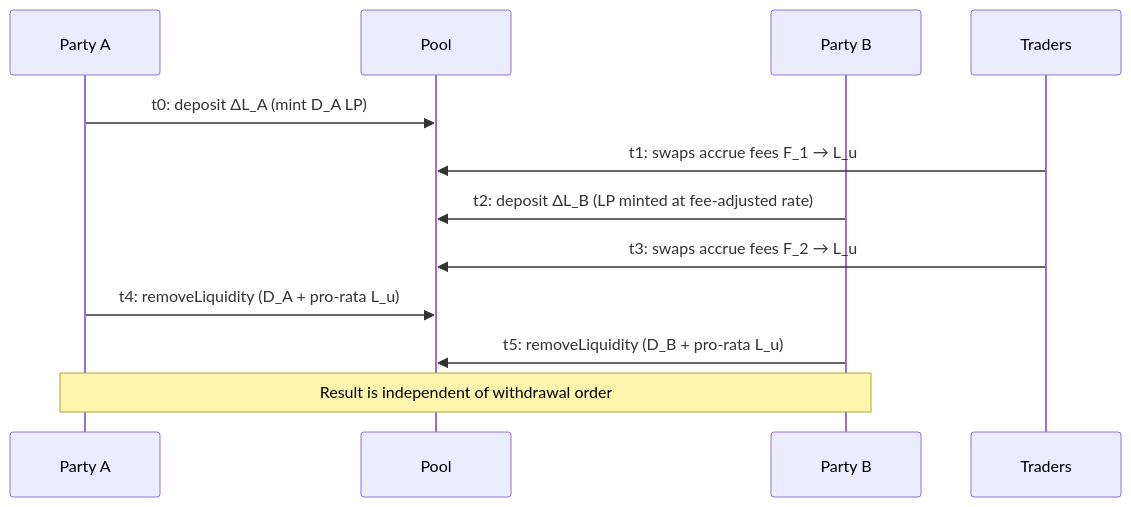
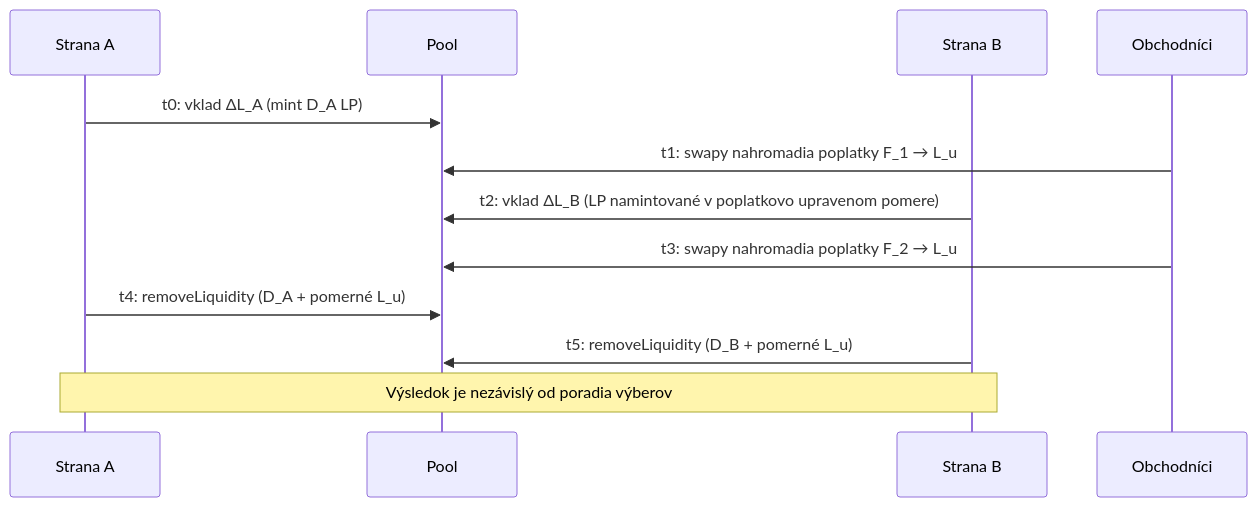
One commit to scholtz/BiatecCLAMM changed the second of 2 diagrams in docusaurus/i18n/sk/docusaurus-plugin-content-docs/current/multi-party-fee-aggregation.md. Above: the diagram before and after it, drawn with Mermaid. The commit also changed other lines of this file and 2 other files, not shown here.

Commit message:
docs(sk): address code review findings in Mermaid labels, index, and integration-guide

````diff
--- a/docusaurus/i18n/sk/docusaurus-plugin-content-docs/current/multi-party-fee-aggregation.md
+++ b/docusaurus/i18n/sk/docusaurus-plugin-content-docs/current/multi-party-fee-aggregation.md
@@ -252,14 +252,14 @@
 ```mermaid
 sequenceDiagram
-    participant A as Party A
+    participant A as Strana A
     participant P as Pool
-    participant B as Party B
-    participant T as Traders
-    A->>P: t0: deposit ΔL_A (mint D_A LP)
-    T->>P: t1: swaps accrue fees F_1 → L_u
-    B->>P: t2: deposit ΔL_B (LP minted at fee-adjusted rate)
-    T->>P: t3: swaps accrue fees F_2 → L_u
-    A->>P: t4: removeLiquidity (D_A + pro-rata L_u)
-    B->>P: t5: removeLiquidity (D_B + pro-rata L_u)
-    Note over A,B: Result is independent of withdrawal order
+    participant B as Strana B
+    participant T as Obchodníci
+    A->>P: t0: vklad ΔL_A (mint D_A LP)
+    T->>P: t1: swapy nahromadia poplatky F_1 → L_u
+    B->>P: t2: vklad ΔL_B (LP namintované v poplatkovo upravenom pomere)
+    T->>P: t3: swapy nahromadia poplatky F_2 → L_u
+    A->>P: t4: removeLiquidity (D_A + pomerné L_u)
+    B->>P: t5: removeLiquidity (D_B + pomerné L_u)
+    Note over A,B: Výsledok je nezávislý od poradia výberov
 ```
````
